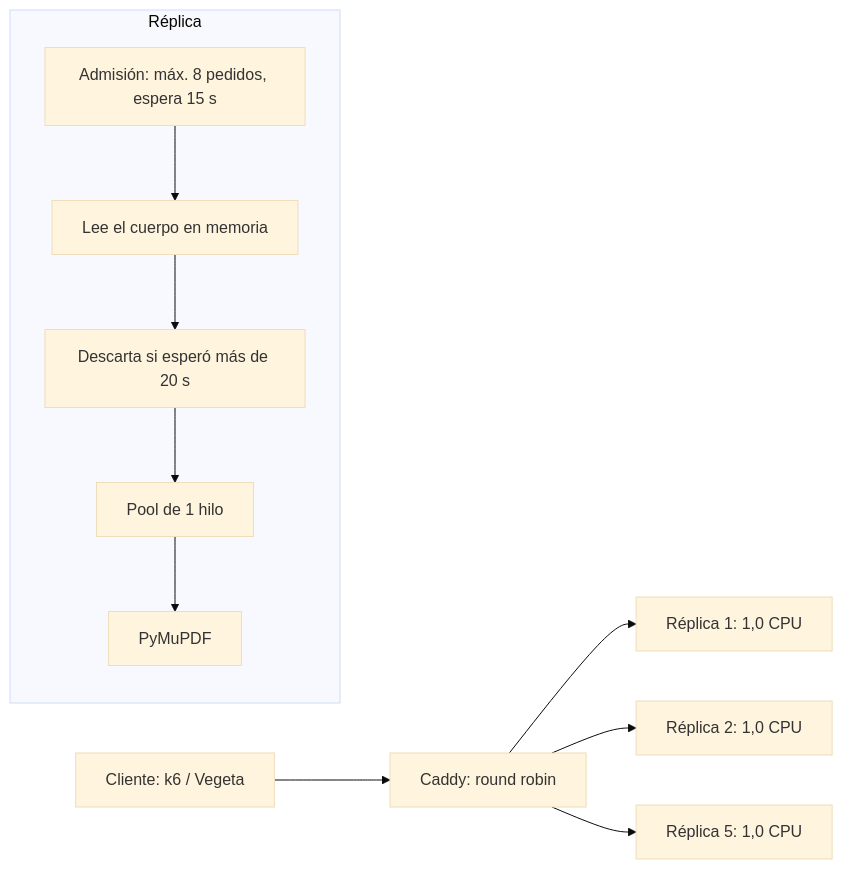
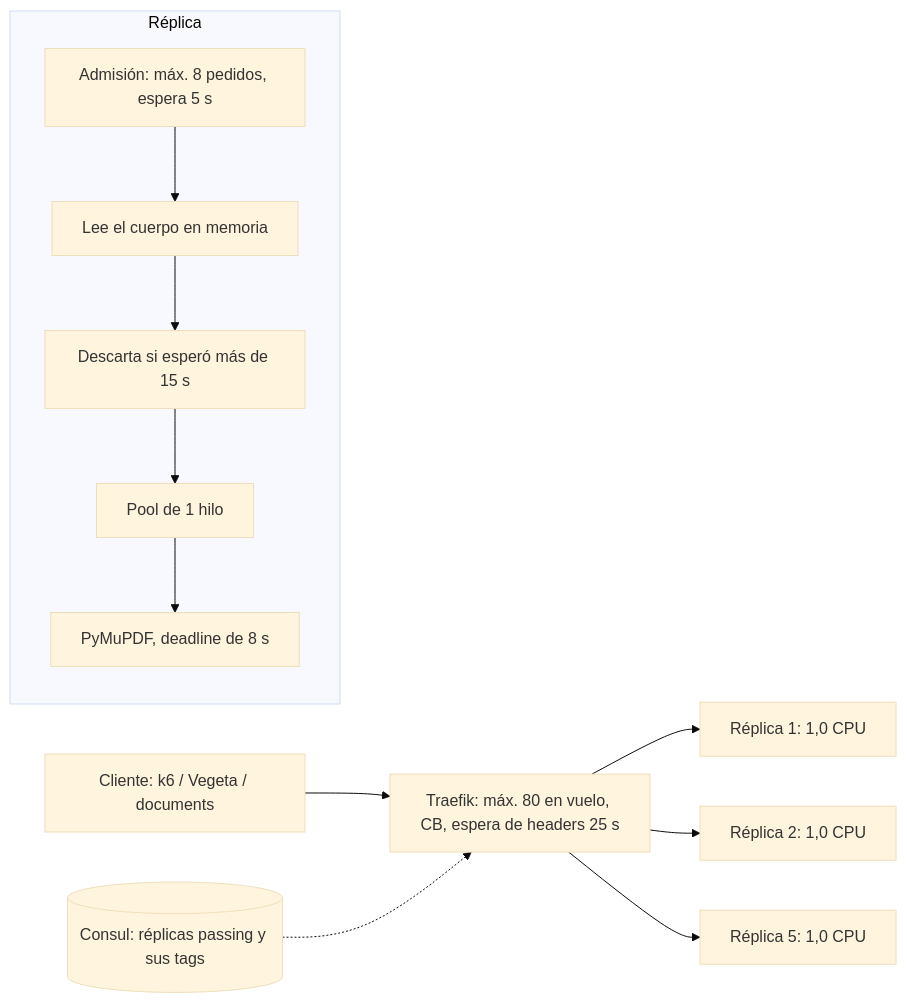
Before and after one commit to juandelosrios124/extract-service: the diagram in informe.md, drawn with Mermaid (base theme). The commit also changed other lines of this file, not shown here.

First line of the commit message:
docs(informe): arquitectura, cuello de botella y conclusiones con Traefik

````diff
--- a/informe.md
+++ b/informe.md
@@ -55,12 +55,13 @@
 ```mermaid
 flowchart LR
-  C[Cliente: k6 / Vegeta] --> P[Caddy: round robin]
-  P --> R1[Réplica 1: 1,0 CPU]
-  P --> R2[Réplica 2: 1,0 CPU]
-  P --> R5[Réplica 5: 1,0 CPU]
+  C[Cliente: k6 / Vegeta / documents] --> T[Traefik: máx. 80 en vuelo, CB, espera de headers 25 s]
+  K[(Consul: réplicas passing y sus tags)] -.-> T
+  T --> R1[Réplica 1: 1,0 CPU]
+  T --> R2[Réplica 2: 1,0 CPU]
+  T --> R5[Réplica 5: 1,0 CPU]
   subgraph Réplica
-    A[Admisión: máx. 8 pedidos, espera 15 s] --> L[Lee el cuerpo en memoria]
-    L --> Q[Descarta si esperó más de 20 s]
-    Q --> W[Pool de 1 hilo] --> X[PyMuPDF]
+    A[Admisión: máx. 8 pedidos, espera 5 s] --> L[Lee el cuerpo en memoria]
+    L --> Q[Descarta si esperó más de 15 s]
+    Q --> W[Pool de 1 hilo] --> X[PyMuPDF, deadline de 8 s]
   end
 ```
````
